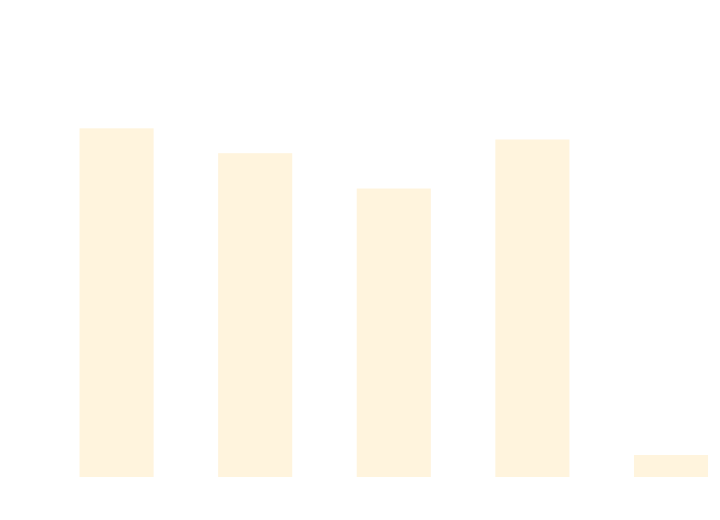
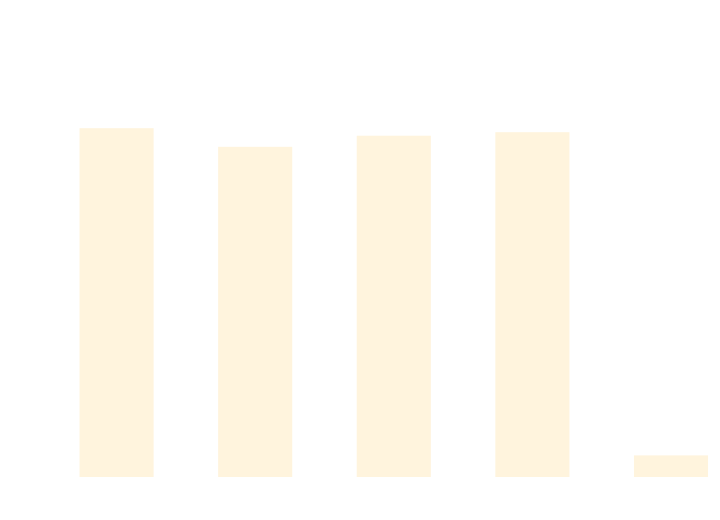
Before and after one commit to thomhurst/TUnit: the diagram in docs/docs/benchmarks/DataDrivenTests.md, drawn with Mermaid. The commit also changed other lines of this file and 16 other files, not shown here.

````diff
--- a/docs/docs/benchmarks/DataDrivenTests.md
+++ b/docs/docs/benchmarks/DataDrivenTests.md
@@ -27,37 +27,37 @@
 ```mermaid
 %%{init: {
   'theme':'base',
   'themeVariables': {
     'primaryColor': '#2563eb',
     'primaryTextColor': '#ffffff',
     'primaryBorderColor': '#1e40af',
     'lineColor': '#6b7280',
     'secondaryColor': '#7c3aed',
     'tertiaryColor': '#dc2626',
     'background': '#ffffff',
     'mainBkg': '#2563eb',
     'secondBkg': '#7c3aed',
     'tertiaryBkg': '#dc2626',
     'clusterBkg': '#f3f4f6',
     'edgeLabelBackground': '#ffffff',
     'tertiaryTextColor': '#1f2937',
     'pie1': '#2563eb',
     'pie2': '#7c3aed',
     'pie3': '#dc2626',
     'pie4': '#f59e0b',
     'pie5': '#10b981',
     'pie6': '#06b6d4',
     'pie7': '#ec4899',
     'pie8': '#6366f1',
     'pie9': '#84cc16',
     'pie10': '#f97316',
     'pie11': '#14b8a6',
     'pie12': '#a855f7'
   }
 }}%%
 xychart-beta
   title "DataDrivenTests Performance Comparison"
   x-axis ["TUnit", "NUnit", "MSTest", "xUnit3", "TUnit_AOT"]
-  y-axis "Time (ms)" 0 --> 711
-  bar [592.19, 549.01, 487.55, 572.8, 24.36]
+  y-axis "Time (ms)" 0 --> 730
+  bar [608.31, 575.07, 594.86, 601.17, 24.28]
 ```
````
